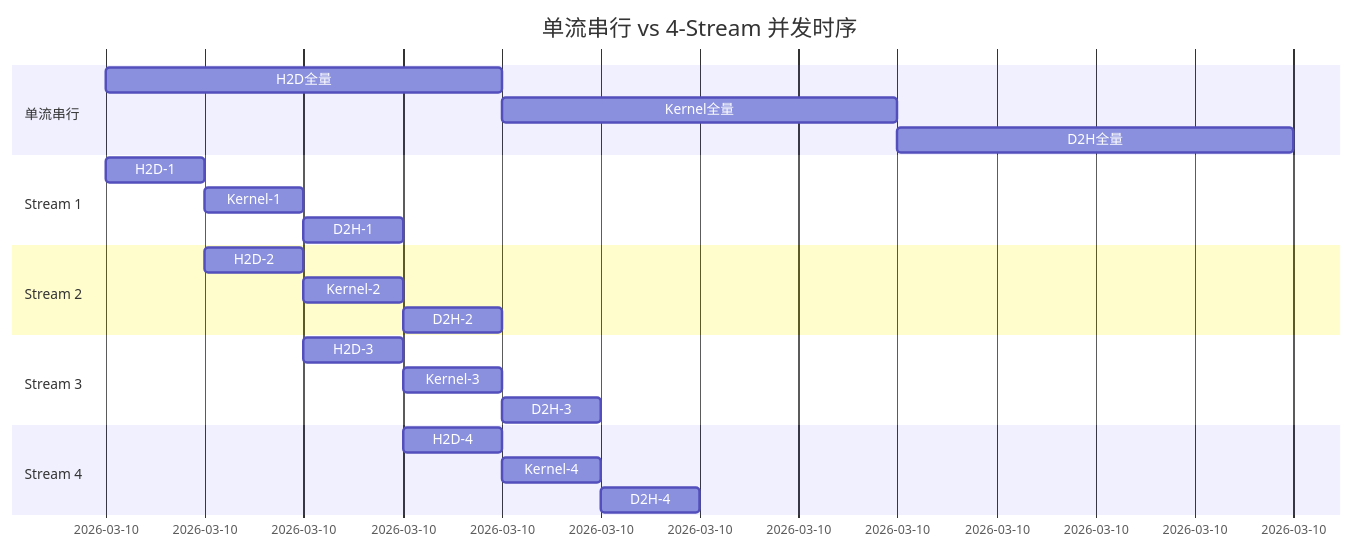
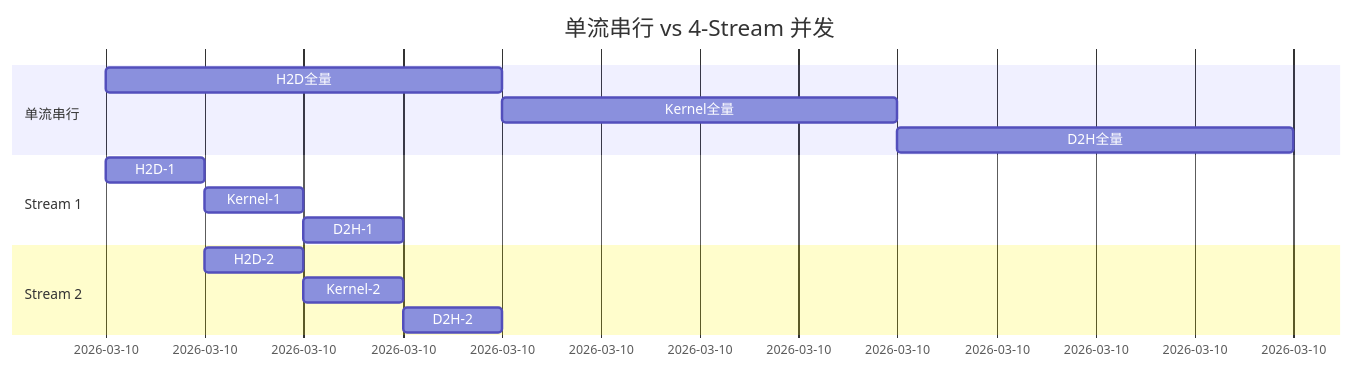
Before and after one commit to psmarter/CUDA-Practice: the first of 3 diagrams in Blogs/08_Advanced_CUDAGraphs_Streams_Extensions.md, drawn with Mermaid. The commit also changed other lines of this file and 28 other files, not shown here.

````diff
--- a/Blogs/08_Advanced_CUDAGraphs_Streams_Extensions.md
+++ b/Blogs/08_Advanced_CUDAGraphs_Streams_Extensions.md
@@ -38,30 +30,20 @@
 ```mermaid
 gantt
     dateFormat s
-    title 单流串行 vs 4-Stream 并发时序
+    title 单流串行 vs 4-Stream 并发
 
     section 单流串行
     H2D全量 :a1, 0, 4s
     Kernel全量 :a2, after a1, 4s
     D2H全量 :a3, after a2, 4s
 
     section Stream 1
     H2D-1 :b1, 0, 1s
     Kernel-1 :b2, after b1, 1s
     D2H-1 :b3, after b2, 1s
 
     section Stream 2
     H2D-2 :c1, 1, 1s
     Kernel-2 :c2, after c1, 1s
     D2H-2 :c3, after c2, 1s
-
-    section Stream 3
-    H2D-3 :d1, 2, 1s
-    Kernel-3 :d2, after d1, 1s
-    D2H-3 :d3, after d2, 1s
-
-    section Stream 4
-    H2D-4 :e1, 3, 1s
-    Kernel-4 :e2, after e1, 1s
-    D2H-4 :e3, after e2, 1s
 ```
````
